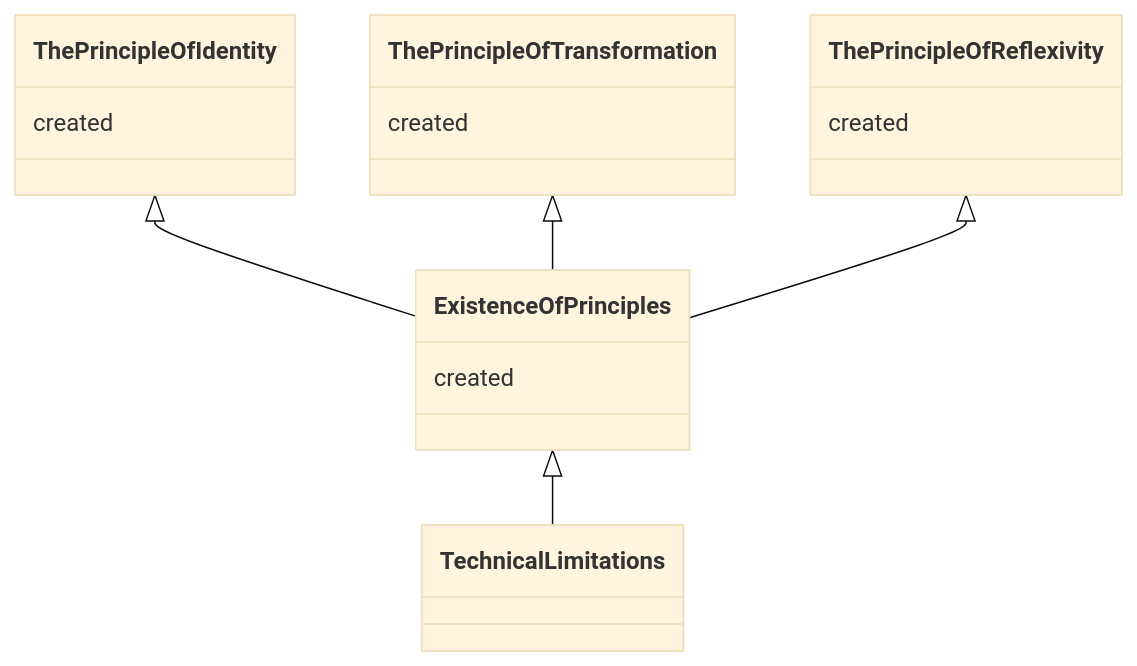
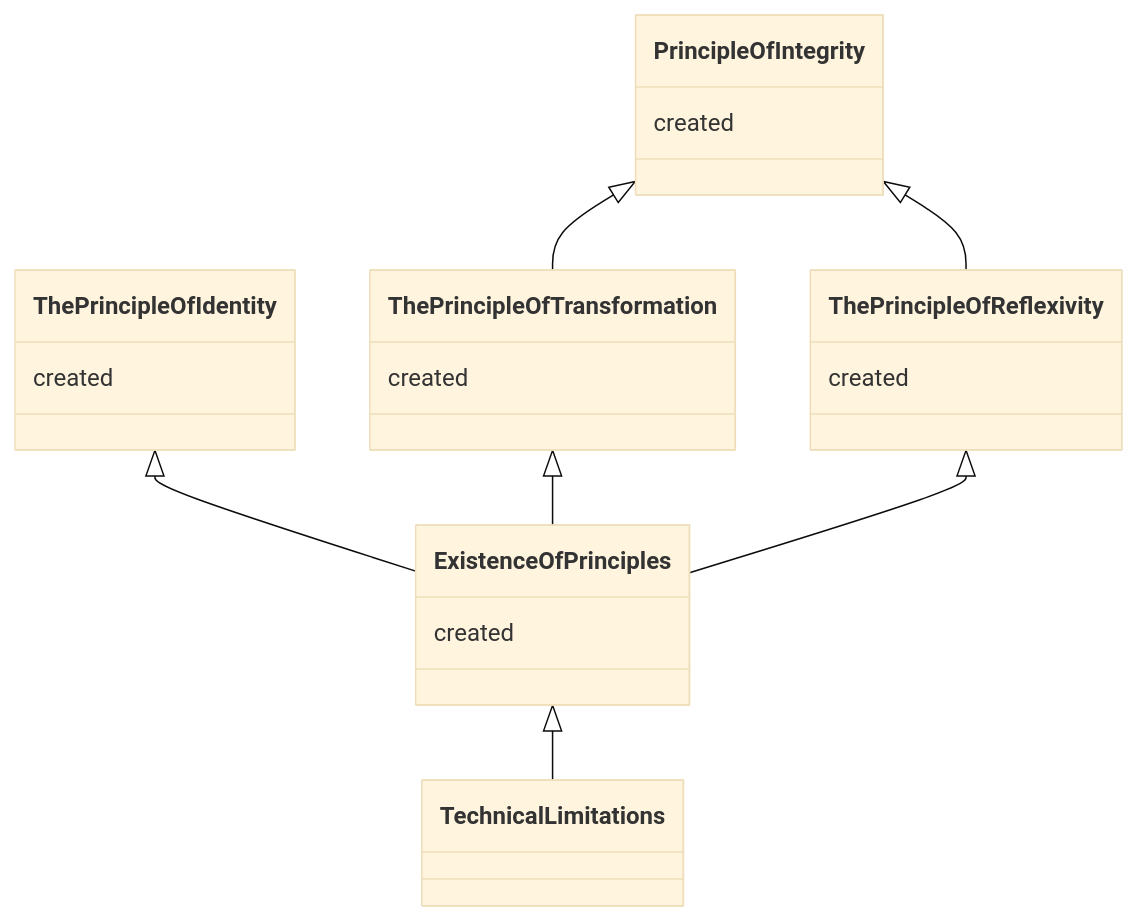
Before and after one commit to the-laurel/chain-proposals: the third of 4 diagrams in evmos/PrecedenceGraph.md, drawn with Mermaid (base theme).

````diff
--- a/evmos/PrecedenceGraph.md
+++ b/evmos/PrecedenceGraph.md
@@ -71,30 +71,38 @@
 ```mermaid
 classDiagram
 
 class The Principle Of Reflexivity  {
   created
 }
 link The Principle Of Reflexivity "https://github.com/the-laurel/chain-proposals/blob/main/evmos/PrincipleOfReflexivity.md" 
 
 class The Principle Of Identity  {
   created
 }
 link The Principle Of Identity "https://github.com/the-laurel/chain-proposals/blob/main/evmos/PrincipleOfIdentity.md" 
 
 class The Principle Of Transformation  {
   created
 }
 link The Principle Of Transformation "https://github.com/the-laurel/chain-proposals/blob/main/evmos/PrincipleOfTransformation.md" 
 
 class Existence Of Principles {
   created
 }
 link Existence Of Principles "https://github.com/the-laurel/chain-proposals/blob/main/evmos/ExistenceOfPrinciples.md" 
 
+class Principle Of Integrity {
+  created
+}
+link Principle Of Integrity "https://github.com/the-laurel/chain-proposals/blob/main/evmos/PrincipleOfIntegrity.md"
+
+Principle Of Integrity  <|-- The Principle Of Transformation
+Principle Of Integrity  <|-- The Principle Of Reflexivity
+
 The Principle Of Identity  <|-- Existence Of Principles 
 The Principle Of Transformation <|-- Existence Of Principles 
 The Principle Of Reflexivity <|-- Existence Of Principles 
 
 Existence Of Principles <|-- Technical Limitations
 
 ```
````
